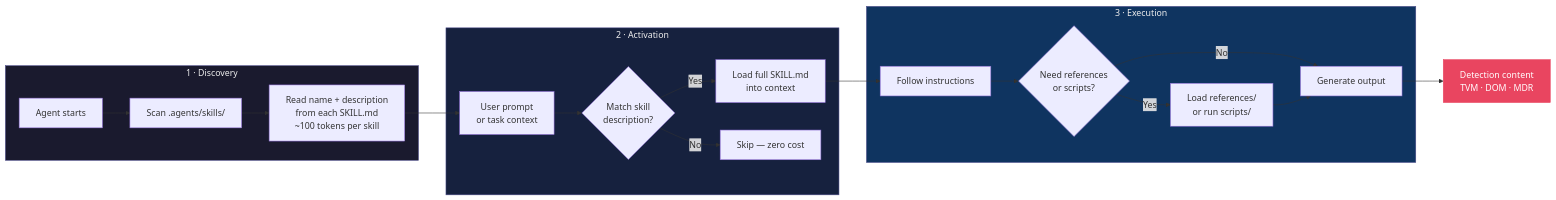
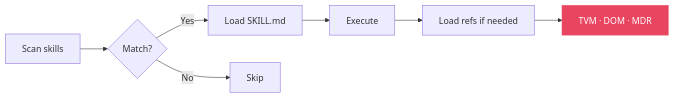
Before and after one commit to OpenTideHQ/AgentTide: the diagram in README.md, drawn with Mermaid.

Commit message:
docs(readme): simplify mermaid diagram

````diff
--- a/README.md
+++ b/README.md
@@ -35,29 +35,10 @@
 ```mermaid
 flowchart LR
-    subgraph Discovery["1 · Discovery"]
-        A["Agent starts"] --> B["Scan .agents/skills/"]
-        B --> C["Read name + description\nfrom each SKILL.md\n~100 tokens per skill"]
-    end
-
-    subgraph Activation["2 · Activation"]
-        D["User prompt\nor task context"] --> E{"Match skill\ndescription?"}
-        E -- Yes --> F["Load full SKILL.md\ninto context"]
-        E -- No --> G["Skip — zero cost"]
-    end
-
-    subgraph Execution["3 · Execution"]
-        F --> H["Follow instructions"]
-        H --> I{"Need references\nor scripts?"}
-        I -- Yes --> J["Load references/\nor run scripts/"]
-        I -- No --> K["Generate output"]
-        J --> K
-    end
-
-    C --> D
-    K --> L["Detection content\nTVM · DOM · MDR"]
-
-    style Discovery fill:#1a1a2e,stroke:#4a4a8a,color:#eee
-    style Activation fill:#16213e,stroke:#4a4a8a,color:#eee
-    style Execution fill:#0f3460,stroke:#4a4a8a,color:#eee
-    style L fill:#e94560,stroke:#e94560,color:#fff
+    A[Scan skills] --> B{Match?}
+    B -- Yes --> C[Load SKILL.md]
+    B -- No --> D[Skip]
+    C --> E[Execute]
+    E --> F[Load refs if needed]
+    F --> G[TVM · DOM · MDR]
+    style G fill:#e94560,stroke:#e94560,color:#fff
 ```
````
